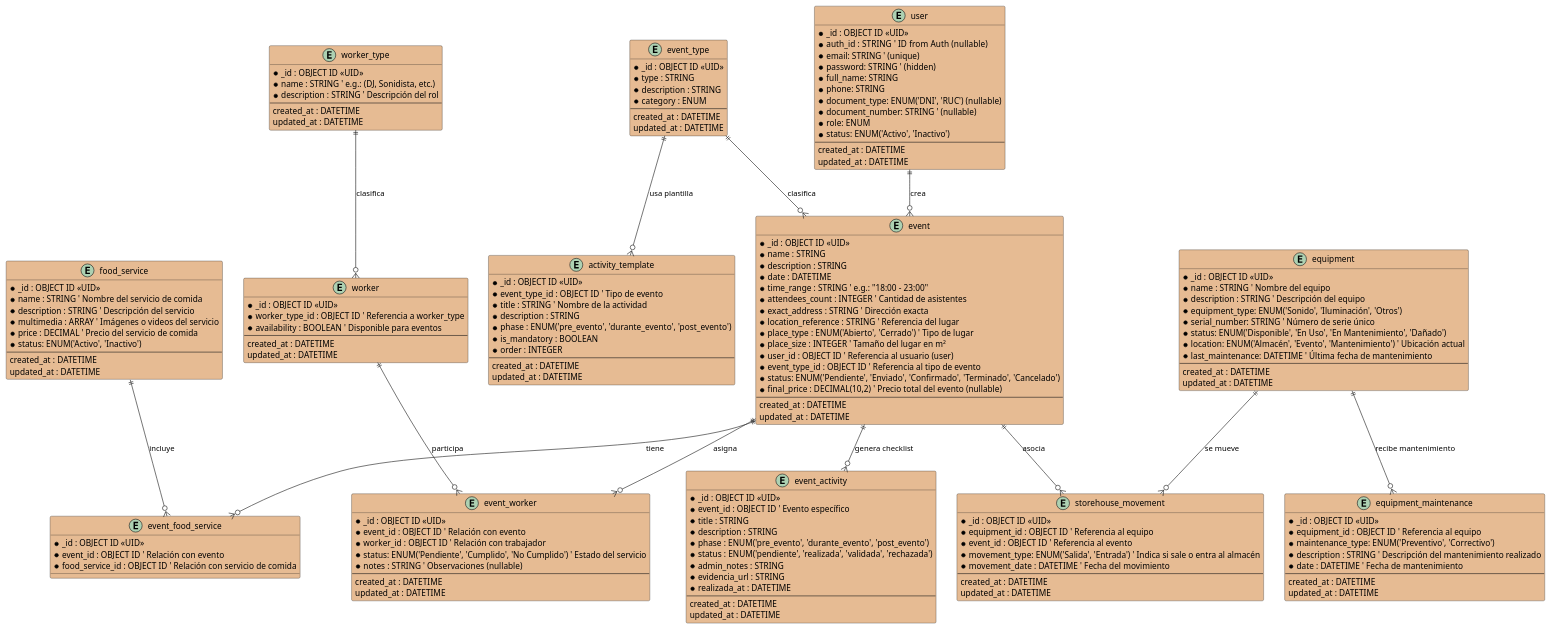
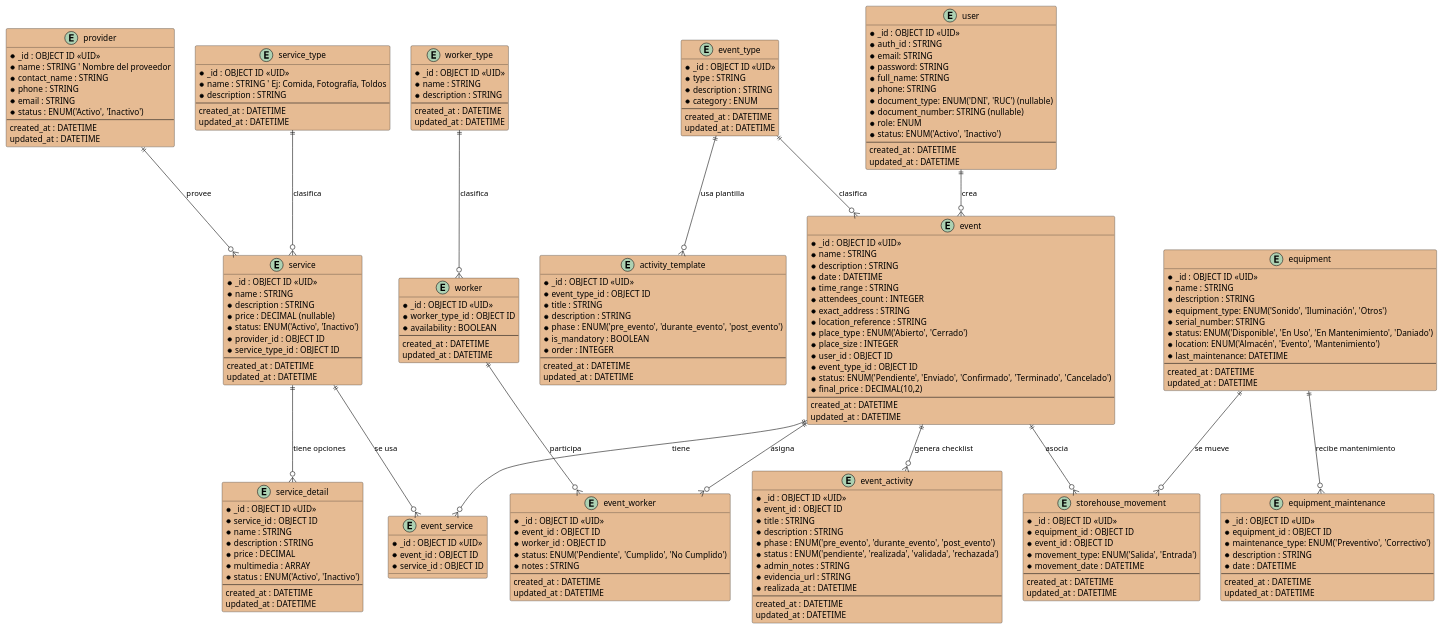
One commit to gastonrodrig/level-music-api changed the diagram in docs/model/levelmusic.puml. Above: the diagram before and after it, drawn with PlantUML. The commit also changed 4 other files, not shown here.

```diff
--- a/docs/model/levelmusic.puml
+++ b/docs/model/levelmusic.puml
@@ -2,15 +2,16 @@
 '-----------------------------
 ' Entities
 '-----------------------------
+
 entity user #E6BB93 {
   * _id : OBJECT ID <<UID>>
-  * auth_id : STRING  ' ID from Auth (nullable)
-  * email: STRING ' (unique)
-  * password: STRING ' (hidden)
+  * auth_id : STRING
+  * email: STRING
+  * password: STRING
   * full_name: STRING
   * phone: STRING
   * document_type: ENUM('DNI', 'RUC') (nullable)
-  * document_number: STRING ' (nullable)
+  * document_number: STRING (nullable)
   * role: ENUM
   * status: ENUM('Activo', 'Inactivo')
   --
@@ -33,43 +34,78 @@
   * name : STRING
   * description : STRING
   * date : DATETIME
-  * time_range : STRING ' e.g.: "18:00 - 23:00"
-  * attendees_count : INTEGER ' Cantidad de asistentes
-  * exact_address : STRING ' Dirección exacta
-  * location_reference : STRING ' Referencia del lugar
-  * place_type : ENUM('Abierto', 'Cerrado') ' Tipo de lugar
-  * place_size : INTEGER ' Tamaño del lugar en m²
-  * user_id : OBJECT ID ' Referencia al usuario (user)
-  * event_type_id : OBJECT ID ' Referencia al tipo de evento
+  * time_range : STRING
+  * attendees_count : INTEGER
+  * exact_address : STRING
+  * location_reference : STRING
+  * place_type : ENUM('Abierto', 'Cerrado')
+  * place_size : INTEGER
+  * user_id : OBJECT ID
+  * event_type_id : OBJECT ID
   * status: ENUM('Pendiente', 'Enviado', 'Confirmado', 'Terminado', 'Cancelado')
-  * final_price : DECIMAL(10,2) ' Precio total del evento (nullable)
+  * final_price : DECIMAL(10,2)
   --
   created_at : DATETIME
   updated_at : DATETIME
 }
 
-entity food_service #E6BB93 {
+entity service_type #E6BB93 {
   * _id : OBJECT ID <<UID>>
-  * name : STRING ' Nombre del servicio de comida
-  * description : STRING ' Descripción del servicio
-  * multimedia : ARRAY ' Imágenes o videos del servicio
-  * price : DECIMAL ' Precio del servicio de comida
-  * status: ENUM('Activo', 'Inactivo')
+  * name : STRING ' Ej: Comida, Fotografía, Toldos
+  * description : STRING
   --
   created_at : DATETIME
   updated_at : DATETIME
 }
 
-entity event_food_service #E6BB93 {
+entity provider #E6BB93 {
   * _id : OBJECT ID <<UID>>
-  * event_id : OBJECT ID ' Relación con evento
-  * food_service_id : OBJECT ID ' Relación con servicio de comida
+  * name : STRING ' Nombre del proveedor
+  * contact_name : STRING
+  * phone : STRING
+  * email : STRING
+  * status : ENUM('Activo', 'Inactivo')
+  --
+  created_at : DATETIME
+  updated_at : DATETIME
+}
+
+entity service #E6BB93 {
+  * _id : OBJECT ID <<UID>>
+  * name : STRING
+  * description : STRING
+  * price : DECIMAL (nullable)
+  * status: ENUM('Activo', 'Inactivo')
+  * provider_id : OBJECT ID
+  * service_type_id : OBJECT ID
+  --
+  created_at : DATETIME
+  updated_at : DATETIME
+}
+
+entity service_detail #E6BB93 {
+  * _id : OBJECT ID <<UID>>
+  * service_id : OBJECT ID
+  * name : STRING
+  * description : STRING
+  * price : DECIMAL
+  * multimedia : ARRAY
+  * status : ENUM('Activo', 'Inactivo')
+  --
+  created_at : DATETIME
+  updated_at : DATETIME
+}
+
+entity event_service #E6BB93 {
+  * _id : OBJECT ID <<UID>>
+  * event_id : OBJECT ID
+  * service_id : OBJECT ID
 }
 
 entity worker_type #E6BB93 {
   * _id : OBJECT ID <<UID>>
-  * name : STRING ' e.g.: (DJ, Sonidista, etc.)
-  * description : STRING ' Descripción del rol
+  * name : STRING
+  * description : STRING
   --
   created_at : DATETIME
   updated_at : DATETIME
@@ -77,8 +113,8 @@
 
 entity worker #E6BB93 {
   * _id : OBJECT ID <<UID>>
-  * worker_type_id : OBJECT ID ' Referencia a worker_type
-  * availability : BOOLEAN ' Disponible para eventos
+  * worker_type_id : OBJECT ID
+  * availability : BOOLEAN
   --
   created_at : DATETIME
   updated_at : DATETIME
@@ -86,10 +122,10 @@
 
 entity event_worker #E6BB93 {
   * _id : OBJECT ID <<UID>>
-  * event_id : OBJECT ID ' Relación con evento
-  * worker_id : OBJECT ID ' Relación con trabajador
-  * status: ENUM('Pendiente', 'Cumplido', 'No Cumplido') ' Estado del servicio
-  * notes : STRING ' Observaciones (nullable)
+  * event_id : OBJECT ID
+  * worker_id : OBJECT ID
+  * status: ENUM('Pendiente', 'Cumplido', 'No Cumplido')
+  * notes : STRING
   --
   created_at : DATETIME
   updated_at : DATETIME
@@ -97,13 +133,13 @@
 
 entity equipment #E6BB93 {
   * _id : OBJECT ID <<UID>>
-  * name : STRING ' Nombre del equipo
-  * description : STRING ' Descripción del equipo
+  * name : STRING
+  * description : STRING
   * equipment_type: ENUM('Sonido', 'Iluminación', 'Otros') 
-  * serial_number: STRING ' Número de serie único
-  * status: ENUM('Disponible', 'En Uso', 'En Mantenimiento', 'Dañado')
-  * location: ENUM('Almacén', 'Evento', 'Mantenimiento') ' Ubicación actual
-  * last_maintenance: DATETIME ' Última fecha de mantenimiento
+  * serial_number: STRING
+  * status: ENUM('Disponible', 'En Uso', 'En Mantenimiento', 'Daniado')
+  * location: ENUM('Almacén', 'Evento', 'Mantenimiento')
+  * last_maintenance: DATETIME
   --
   created_at : DATETIME
   updated_at : DATETIME
@@ -111,10 +147,10 @@
 
 entity equipment_maintenance #E6BB93 {
   * _id : OBJECT ID <<UID>>
-  * equipment_id : OBJECT ID ' Referencia al equipo
+  * equipment_id : OBJECT ID
   * maintenance_type: ENUM('Preventivo', 'Correctivo')
-  * description : STRING ' Descripción del mantenimiento realizado
-  * date : DATETIME ' Fecha de mantenimiento
+  * description : STRING
+  * date : DATETIME
   --
   created_at : DATETIME
   updated_at : DATETIME
@@ -122,10 +158,10 @@
 
 entity storehouse_movement #E6BB93 {
   * _id : OBJECT ID <<UID>>
-  * equipment_id : OBJECT ID ' Referencia al equipo
-  * event_id : OBJECT ID ' Referencia al evento
-  * movement_type: ENUM('Salida', 'Entrada') ' Indica si sale o entra al almacén
-  * movement_date : DATETIME ' Fecha del movimiento
+  * equipment_id : OBJECT ID
+  * event_id : OBJECT ID
+  * movement_type: ENUM('Salida', 'Entrada')
+  * movement_date : DATETIME
   --
   created_at : DATETIME
   updated_at : DATETIME
@@ -133,8 +169,8 @@
 
 entity activity_template #E6BB93 {
   * _id : OBJECT ID <<UID>>
-  * event_type_id : OBJECT ID ' Tipo de evento
-  * title : STRING ' Nombre de la actividad
+  * event_type_id : OBJECT ID
+  * title : STRING
   * description : STRING
   * phase : ENUM('pre_evento', 'durante_evento', 'post_evento')
   * is_mandatory : BOOLEAN
@@ -146,7 +182,7 @@
 
 entity event_activity #E6BB93 {
   * _id : OBJECT ID <<UID>>
-  * event_id : OBJECT ID ' Evento específico
+  * event_id : OBJECT ID
   * title : STRING
   * description : STRING
   * phase : ENUM('pre_evento', 'durante_evento', 'post_evento')
@@ -165,8 +201,11 @@
 
 user ||--o{ event : "crea"
 event_type ||--o{ event : "clasifica"
-event ||--o{ event_food_service : "tiene"
-food_service ||--o{ event_food_service : "incluye"
+event ||--o{ event_service : "tiene"
+service ||--o{ event_service : "se usa"
+service_type ||--o{ service : "clasifica"
+provider ||--o{ service : "provee"
+service ||--o{ service_detail : "tiene opciones"
 worker_type ||--o{ worker : "clasifica"
 event ||--o{ event_worker : "asigna"
 worker ||--o{ event_worker : "participa"
```
